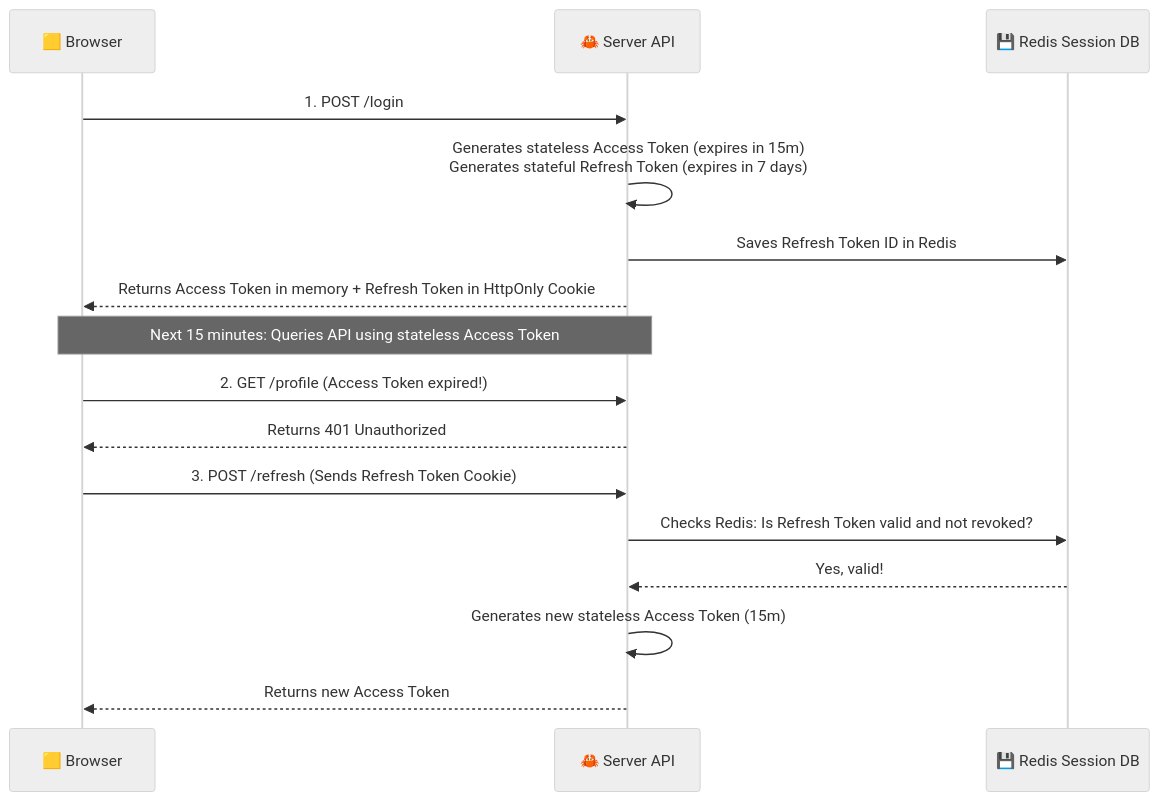
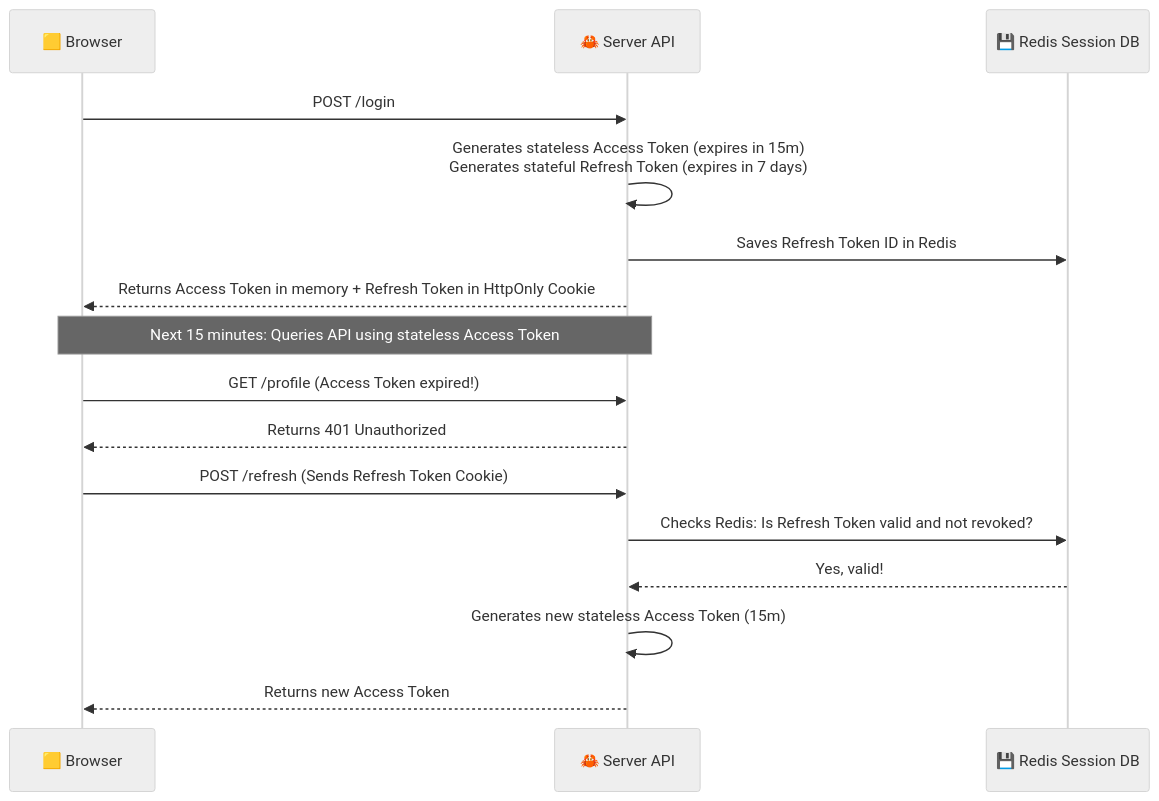
One commit to HarshitN87/Sriniously_backend_notes changed the diagram in 09_Authentication_and_Authorization.md. Above: the diagram before and after it, drawn with Mermaid (neutral theme). The commit also changed other lines of this file and 24 other files, not shown here.

````diff
--- a/09_Authentication_and_Authorization.md
+++ b/09_Authentication_and_Authorization.md
@@ -190,22 +471,22 @@
 ```mermaid
 sequenceDiagram
     participant Browser as 🟨 Browser
     participant API as 🦀 Server API
     participant DB as 💾 Redis Session DB
 
-    Browser->>API: 1. POST /login
+    Browser->>API: POST /login
     API->>API: Generates stateless Access Token (expires in 15m)<br/>Generates stateful Refresh Token (expires in 7 days)
     API->>DB: Saves Refresh Token ID in Redis
     API-->>Browser: Returns Access Token in memory + Refresh Token in HttpOnly Cookie
 
     Note over Browser, API: Next 15 minutes: Queries API using stateless Access Token
 
-    Browser->>API: 2. GET /profile (Access Token expired!)
+    Browser->>API: GET /profile (Access Token expired!)
     API-->>Browser: Returns 401 Unauthorized
 
-    Browser->>API: 3. POST /refresh (Sends Refresh Token Cookie)
+    Browser->>API: POST /refresh (Sends Refresh Token Cookie)
     API->>DB: Checks Redis: Is Refresh Token valid and not revoked?
     DB-->>API: Yes, valid!
     API->>API: Generates new stateless Access Token (15m)
     API-->>Browser: Returns new Access Token
 ```
````
